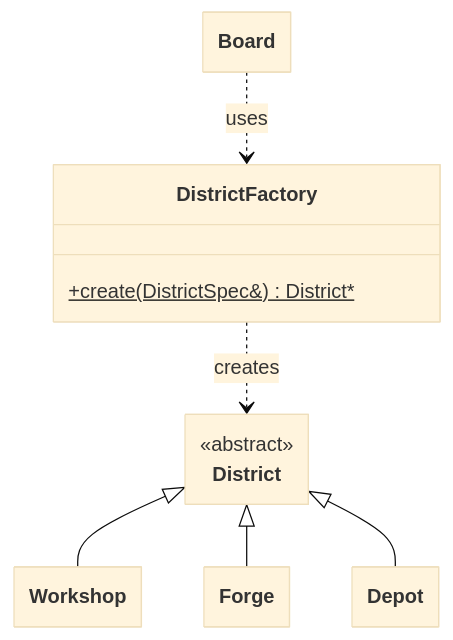
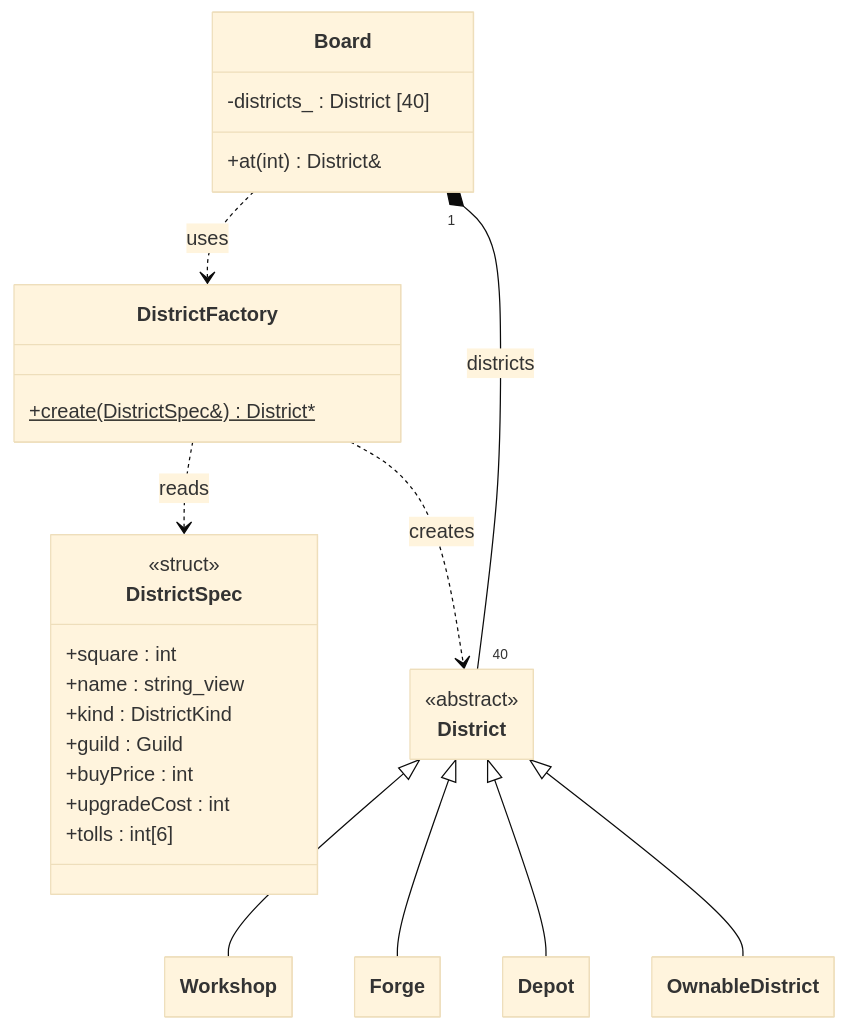
One commit to jasmehar-k/hungry-hungry-capitalists changed the seventh of 8 diagrams in uml.md. Above: the diagram before and after it, drawn with Mermaid (base theme). The commit also changed other lines of this file and 9 other files, not shown here.

Commit message:
restructure uml as master diagram plus complete per pattern details

````diff
--- a/uml.md
+++ b/uml.md
@@ -287,25 +505,37 @@
 ```mermaid
 ---
 config:
   class:
     hideEmptyMembersBox: true
 ---
 classDiagram
     direction TB
 
     class DistrictFactory {
         +create(DistrictSpec&) District*$
     }
-    class District {
-        <<abstract>>
+    class DistrictSpec {
+        <<struct>>
+        +square : int
+        +name : string_view
+        +kind : DistrictKind
+        +guild : Guild
+        +buyPrice : int
+        +upgradeCost : int
+        +tolls : int[6]
     }
-    class Workshop
-    class Forge
-    class Depot
+    class District { <<abstract>> }
+    class Board {
+        +at(int) District&
+        -districts_ : District [40]
+    }
 
     District <|-- Workshop
     District <|-- Forge
     District <|-- Depot
+    District <|-- OwnableDistrict
+    Board ..> DistrictFactory : uses
+    DistrictFactory ..> DistrictSpec : reads
     DistrictFactory ..> District : creates
-    Board ..> DistrictFactory : uses
+    Board "1" *-- "40" District : districts
 ```
````
